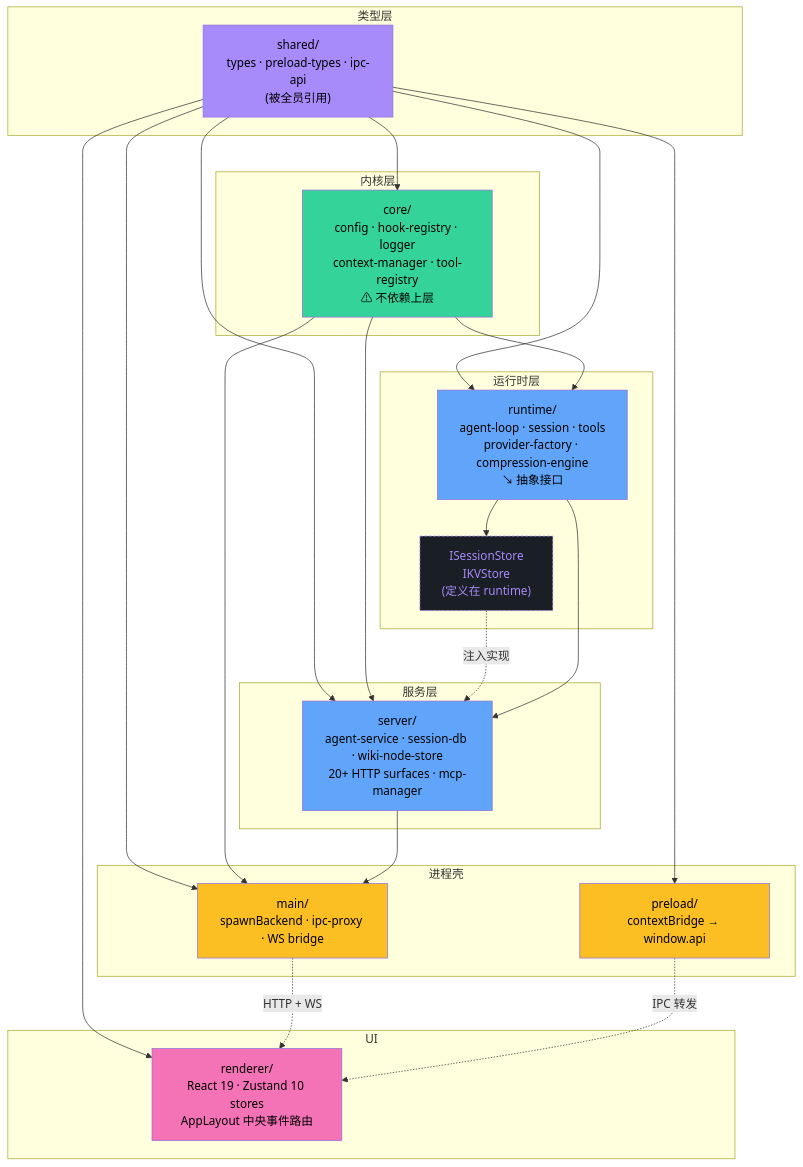
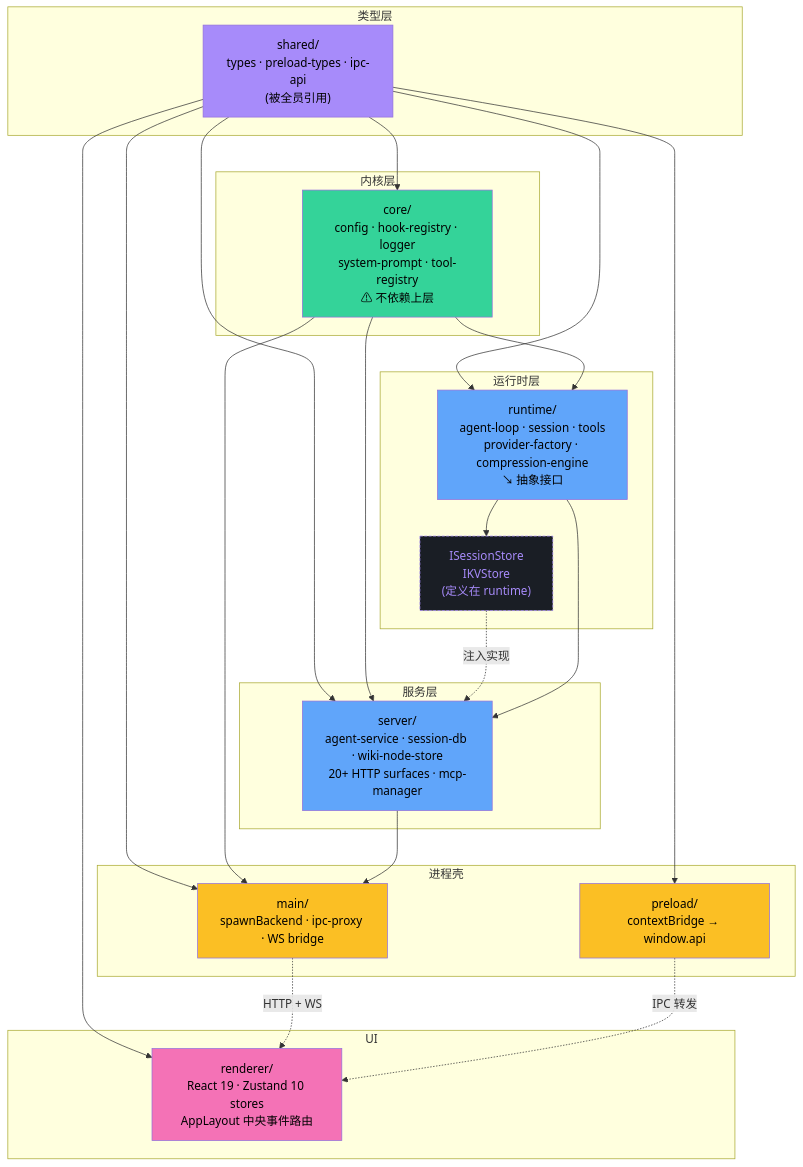
The first of 2 diagrams in docs/arch/02-module-structure.md (LanicBlue/zero-core), drawn with Mermaid before and after one commit. The commit also changed other lines of this file and 10 other files, not shown here.

````diff
--- a/docs/arch/02-module-structure.md
+++ b/docs/arch/02-module-structure.md
@@ -448,53 +448,53 @@
 ```mermaid
 graph TB
     subgraph "类型层"
         Shared["shared/<br/>types · preload-types · ipc-api<br/>(被全员引用)"]
     end
 
     subgraph "内核层"
-        Core["core/<br/>config · hook-registry · logger<br/>context-manager · tool-registry<br/>⚠ 不依赖上层"]
+        Core["core/<br/>config · hook-registry · logger<br/>system-prompt · tool-registry<br/>⚠ 不依赖上层"]
     end
 
     subgraph "运行时层"
         Runtime["runtime/<br/>agent-loop · session · tools<br/>provider-factory · compression-engine<br/>↘ 抽象接口"]
         Interface["ISessionStore<br/>IKVStore<br/>(定义在 runtime)"]
     end
 
     subgraph "服务层"
         Server["server/<br/>agent-service · session-db · wiki-node-store<br/>20+ HTTP surfaces · mcp-manager"]
     end
 
     subgraph "进程壳"
         Main["main/<br/>spawnBackend · ipc-proxy · WS bridge"]
         Preload["preload/<br/>contextBridge → window.api"]
     end
 
     subgraph "UI"
         Renderer["renderer/<br/>React 19 · Zustand 10 stores<br/>AppLayout 中央事件路由"]
     end
 
     Shared --> Core
     Shared --> Runtime
     Shared --> Server
     Shared --> Main
     Shared --> Preload
     Shared --> Renderer
     Core --> Runtime
     Core --> Server
     Core --> Main
     Runtime --> Interface
     Interface -. "注入实现" .-> Server
     Runtime --> Server
     Server --> Main
     Main -. "HTTP + WS" .-> Renderer
     Preload -. "IPC 转发" .-> Renderer
 
     style Shared fill:#a78bfa,color:#000
     style Core fill:#34d399,color:#000
     style Runtime fill:#60a5fa,color:#000
     style Server fill:#60a5fa,color:#000
     style Main fill:#fbbf24,color:#000
     style Preload fill:#fbbf24,color:#000
     style Renderer fill:#f472b6,color:#000
     style Interface fill:#1a1e25,stroke:#a78bfa,stroke-dasharray: 4 2,color:#a78bfa
 ```
````
